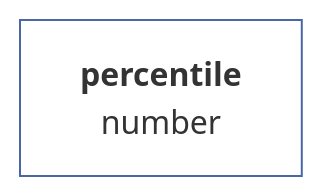
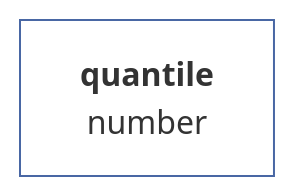
Diagram 11 of 38 in docs/en-GB.md (muzikp/retusa), drawn with Mermaid before and after one commit. The commit also changed other lines of this file and 11 other files, not shown here.

````diff
--- a/docs/en-GB.md
+++ b/docs/en-GB.md
@@ -303,7 +303,7 @@
 ```mermaid
 graph TD
-percentile[<b>percentile<br></b>number]
+percentile[<b>quantile<br></b>number]
 style percentile fill:#FFFFFF;
 style percentile stroke:#4967A4;
 
 ```
````
